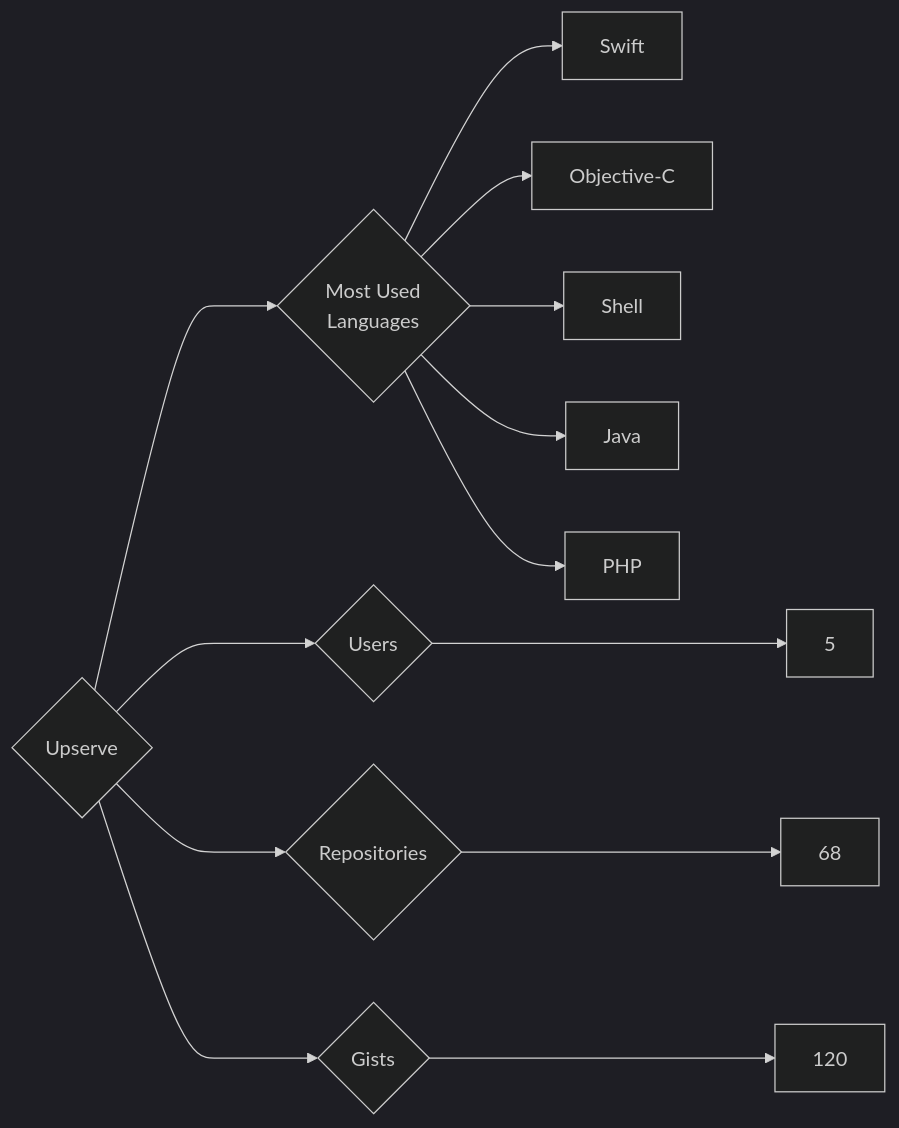
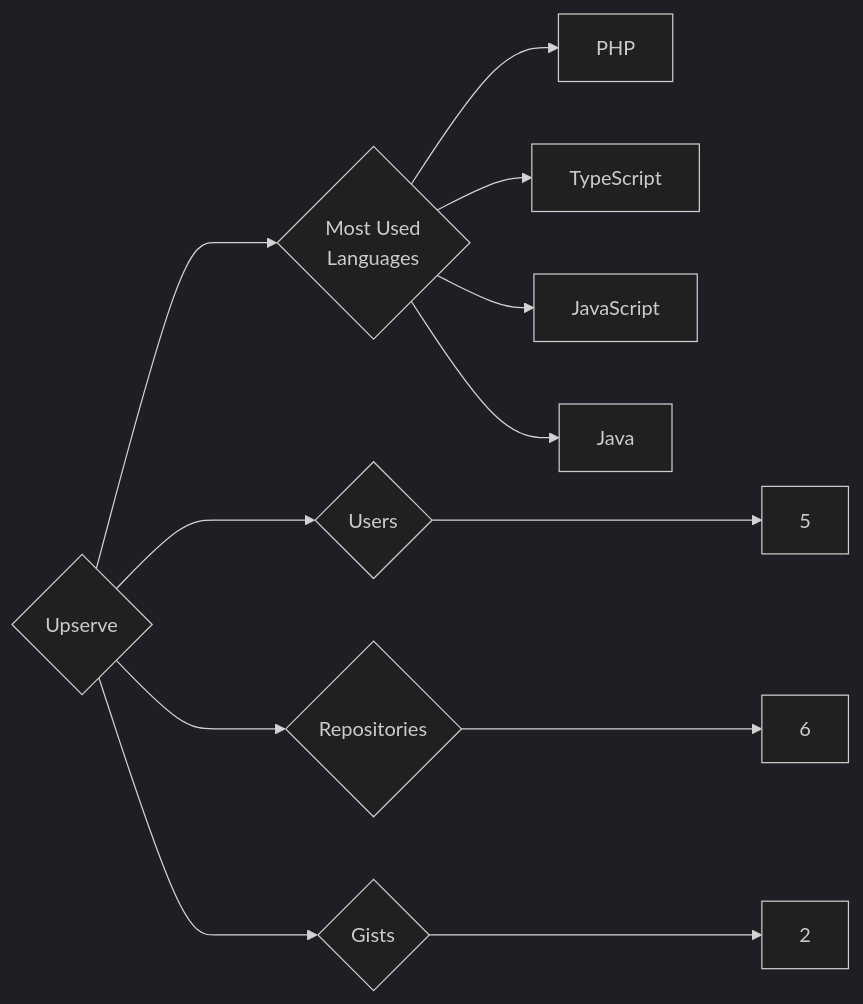
The diagram in targets/Upserve/README.md (trickest/insiders), drawn with Mermaid (dark theme) before and after one commit. The commit also changed 976 other files, not shown here.

````diff
--- a/targets/Upserve/README.md
+++ b/targets/Upserve/README.md
@@ -3,13 +3,12 @@
 ```mermaid
 graph LR
 COMPANY_NAME{Upserve}
 COMPANY_NAME ---> U{Users} ---> UN[5]
-COMPANY_NAME ---> R{Repositories} ---> RN[68]
-COMPANY_NAME ---> G{Gists} ---> GN[120]
+COMPANY_NAME ---> R{Repositories} ---> RN[6]
+COMPANY_NAME ---> G{Gists} ---> GN[2]
 COMPANY_NAME ---> ML{Most Used<br>Languages}
-ML --> Swift[Swift]
-ML --> Objective-C[Objective-C]
-ML --> Shell[Shell]
+ML --> PHP[PHP]
+ML --> TypeScript[TypeScript]
+ML --> JavaScript[JavaScript]
 ML --> Java[Java]
-ML --> PHP[PHP]
 ```
````
